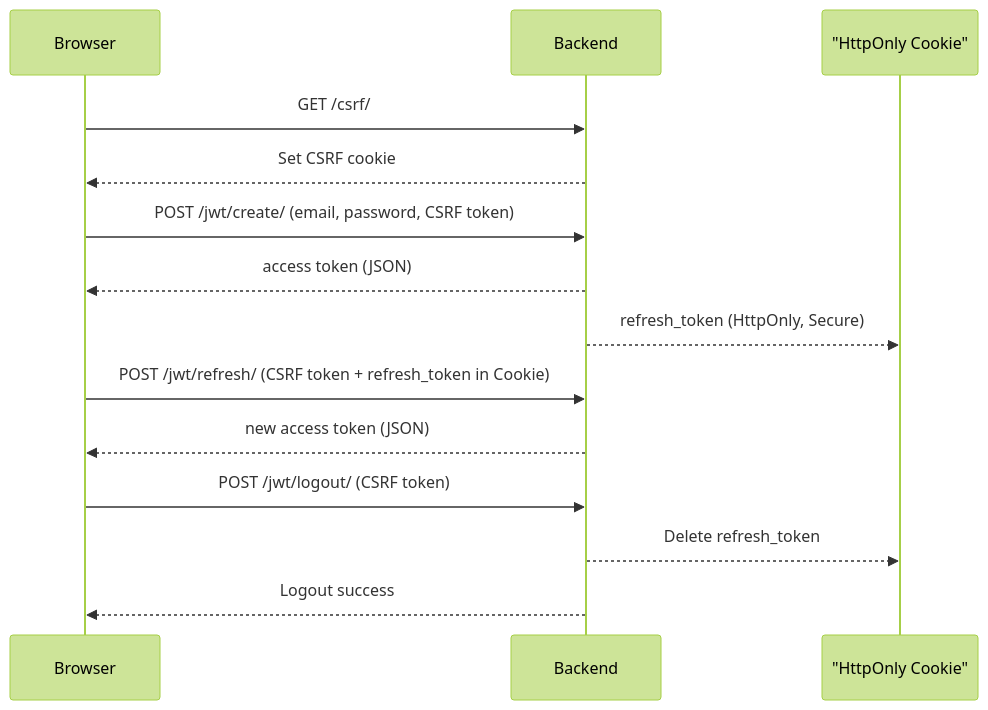
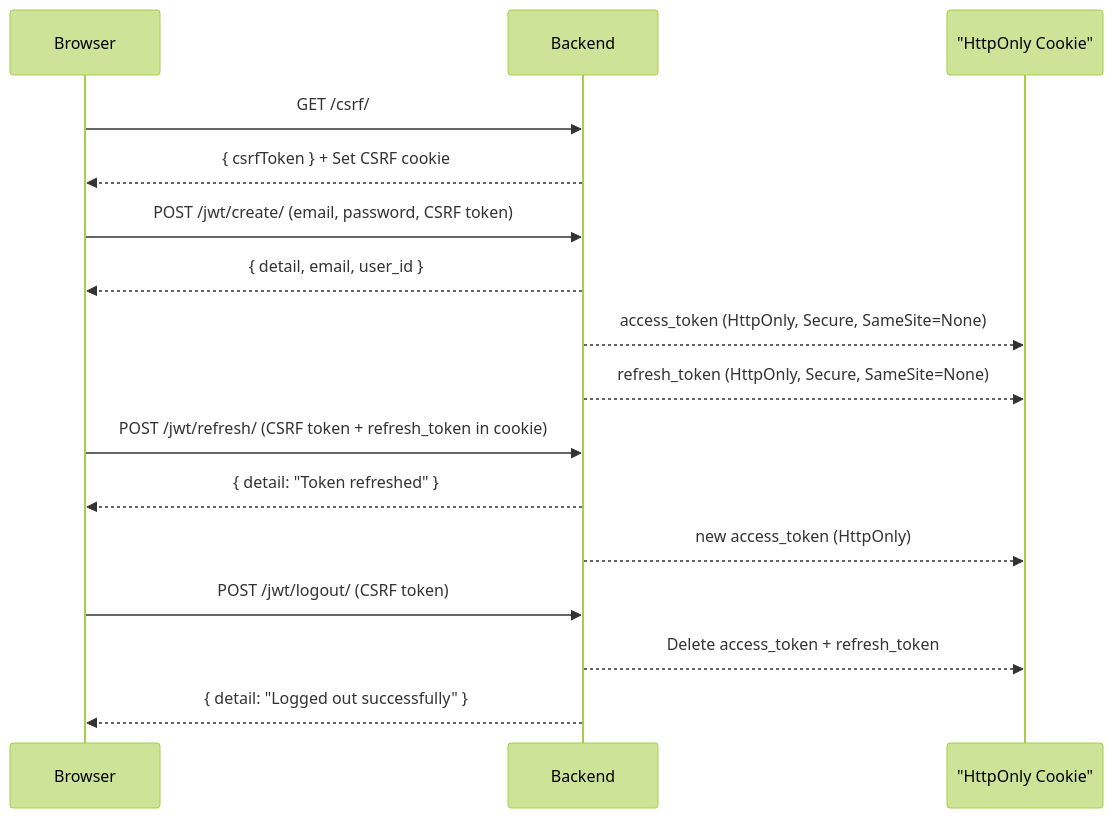
The diagram in docs/API.md (DimaMakovskyi/website_1), drawn with Mermaid (forest theme) before and after one commit. The commit also changed other lines of this file and 49 other files, not shown here.

````diff
--- a/docs/API.md
+++ b/docs/API.md
@@ -104,20 +112,22 @@
 ```mermaid
 sequenceDiagram
     participant Browser
     participant Backend
     participant Cookie as "HttpOnly Cookie"
 
     Browser->>Backend: GET /csrf/
-    Backend-->>Browser: Set CSRF cookie
+    Backend-->>Browser: { csrfToken } + Set CSRF cookie
 
     Browser->>Backend: POST /jwt/create/ (email, password, CSRF token)
-    Backend-->>Browser: access token (JSON)
-    Backend-->>Cookie: refresh_token (HttpOnly, Secure)
+    Backend-->>Browser: { detail, email, user_id }
+    Backend-->>Cookie: access_token (HttpOnly, Secure, SameSite=None)
+    Backend-->>Cookie: refresh_token (HttpOnly, Secure, SameSite=None)
 
-    Browser->>Backend: POST /jwt/refresh/ (CSRF token + refresh_token in Cookie)
-    Backend-->>Browser: new access token (JSON)
+    Browser->>Backend: POST /jwt/refresh/ (CSRF token + refresh_token in cookie)
+    Backend-->>Browser: { detail: "Token refreshed" }
+    Backend-->>Cookie: new access_token (HttpOnly)
 
     Browser->>Backend: POST /jwt/logout/ (CSRF token)
-    Backend-->>Cookie: Delete refresh_token
-    Backend-->>Browser: Logout success
+    Backend-->>Cookie: Delete access_token + refresh_token
+    Backend-->>Browser: { detail: "Logged out successfully" }
 ```
````
